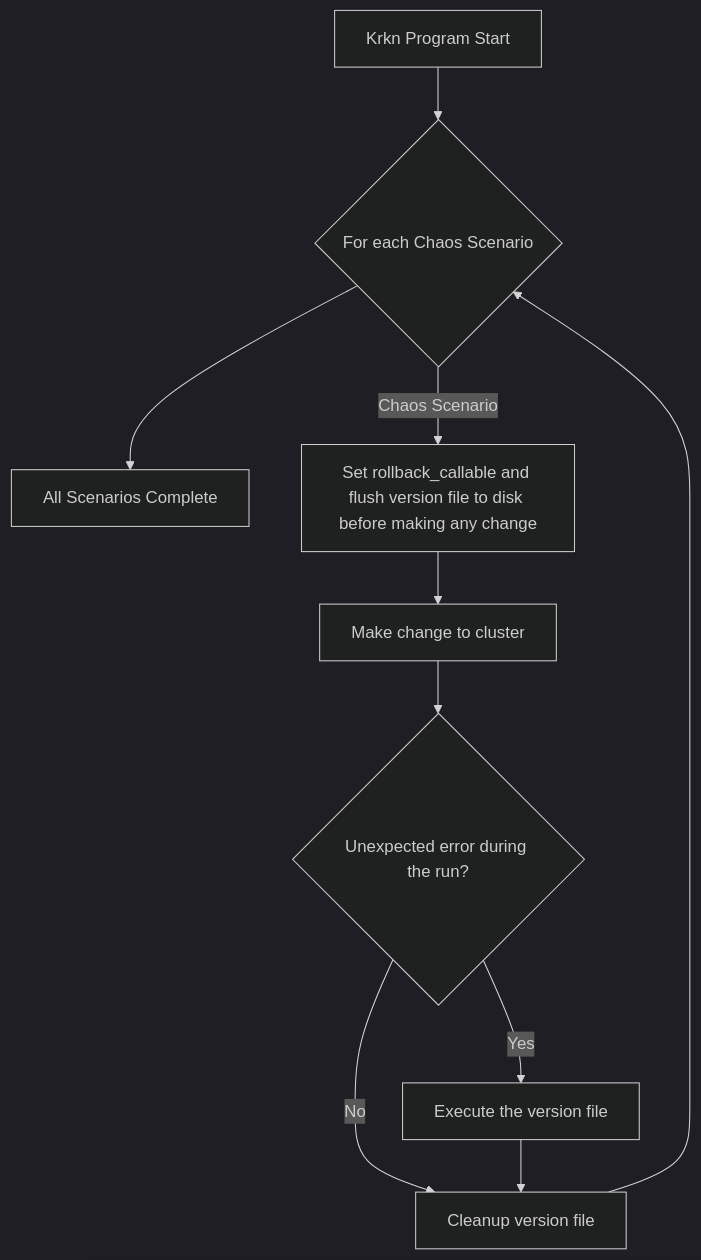
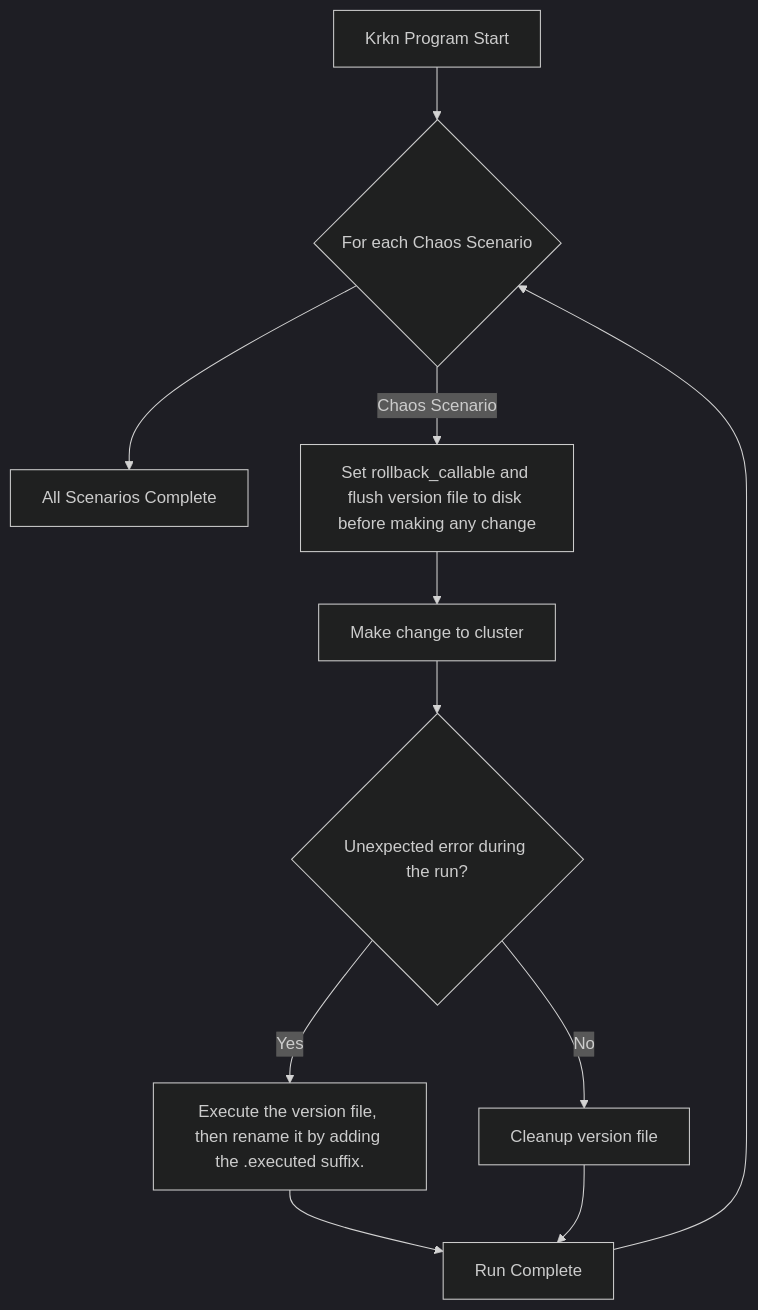
Before and after one commit to krkn-chaos/website: the diagram in content/en/docs/rollback-scenarios/_index.md, drawn with Mermaid (dark theme). The commit also changed other lines of this file, not shown here.

Commit message:
Update execute-rollback cmd and lifecycle after refactor

````diff
--- a/content/en/docs/rollback-scenarios/_index.md
+++ b/content/en/docs/rollback-scenarios/_index.md
@@ -108,12 +113,13 @@
 ```mermaid
 flowchart TD
     Start[Krkn Program Start] --> Loop{For each Chaos Scenario}
     Loop  --> End[All Scenarios Complete]
     Loop -- Chaos Scenario --> RollbackSetup[Set rollback_callable and flush version file to disk before making any change]
     RollbackSetup --> ClusterChange[Make change to cluster]
     ClusterChange --> ErrorCheck{Unexpected error during the run?}
-    ErrorCheck -- Yes --> ExecuteRollback[Execute the version file]
+    ErrorCheck -- Yes --> ExecuteRollback[Execute the version file, then rename it by adding the .executed suffix.]
+    ExecuteRollback --> RunComplete[Run Complete]
     ErrorCheck -- No --> Cleanup[Cleanup version file]
-    ExecuteRollback --> Cleanup
-    Cleanup --> Loop
+    Cleanup --> RunComplete
+    RunComplete --> Loop
 ```
````
